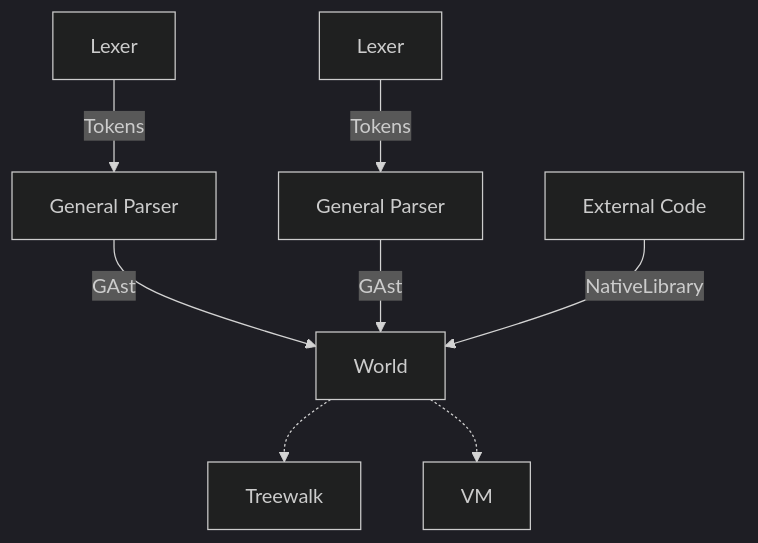
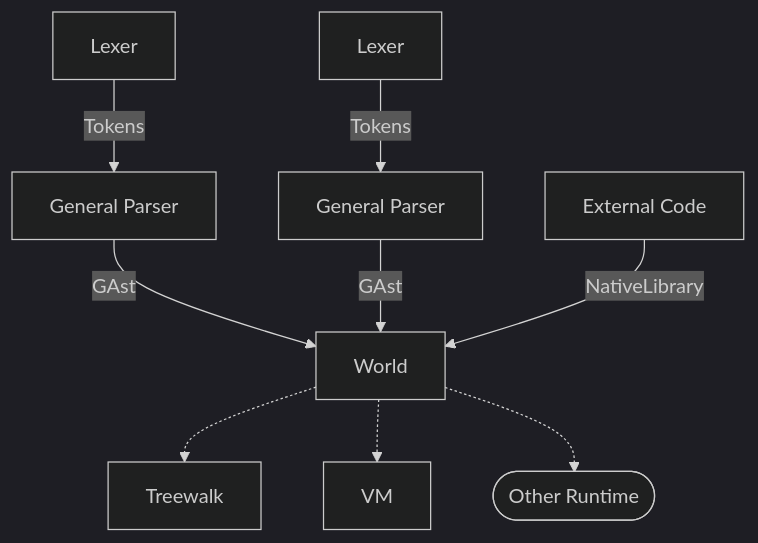
The diagram in README.md (Jengamon/magus-scheme), drawn with Mermaid (dark theme) before and after one commit. The commit also changed other lines of this file and 3 other files, not shown here.

````diff
--- a/README.md
+++ b/README.md
@@ -5,10 +5,11 @@
 ```mermaid
 graph TD
     lex[Lexer] -->|Tokens| gparse[General Parser]
     lex2[Lexer] -->|Tokens| gparse2[General Parser]
     gparse -->|GAst| wd
     gparse2 -->|GAst| wd
     ext[External Code] --> |NativeLibrary| wd
     wd[World] -.-> Treewalk
     wd -.-> VM
+    wd -.-> obk([Other Runtime])
 ```
````
